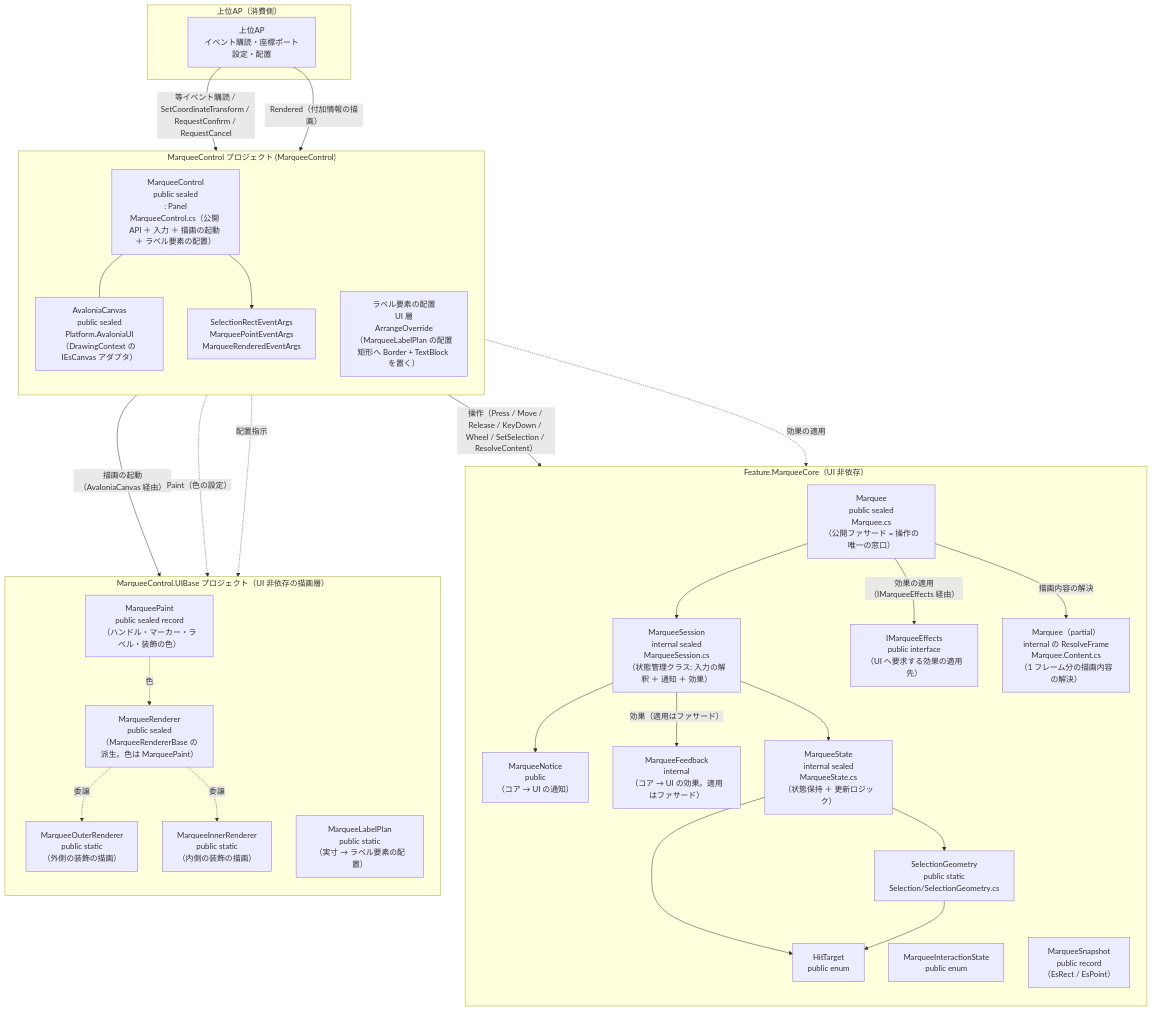
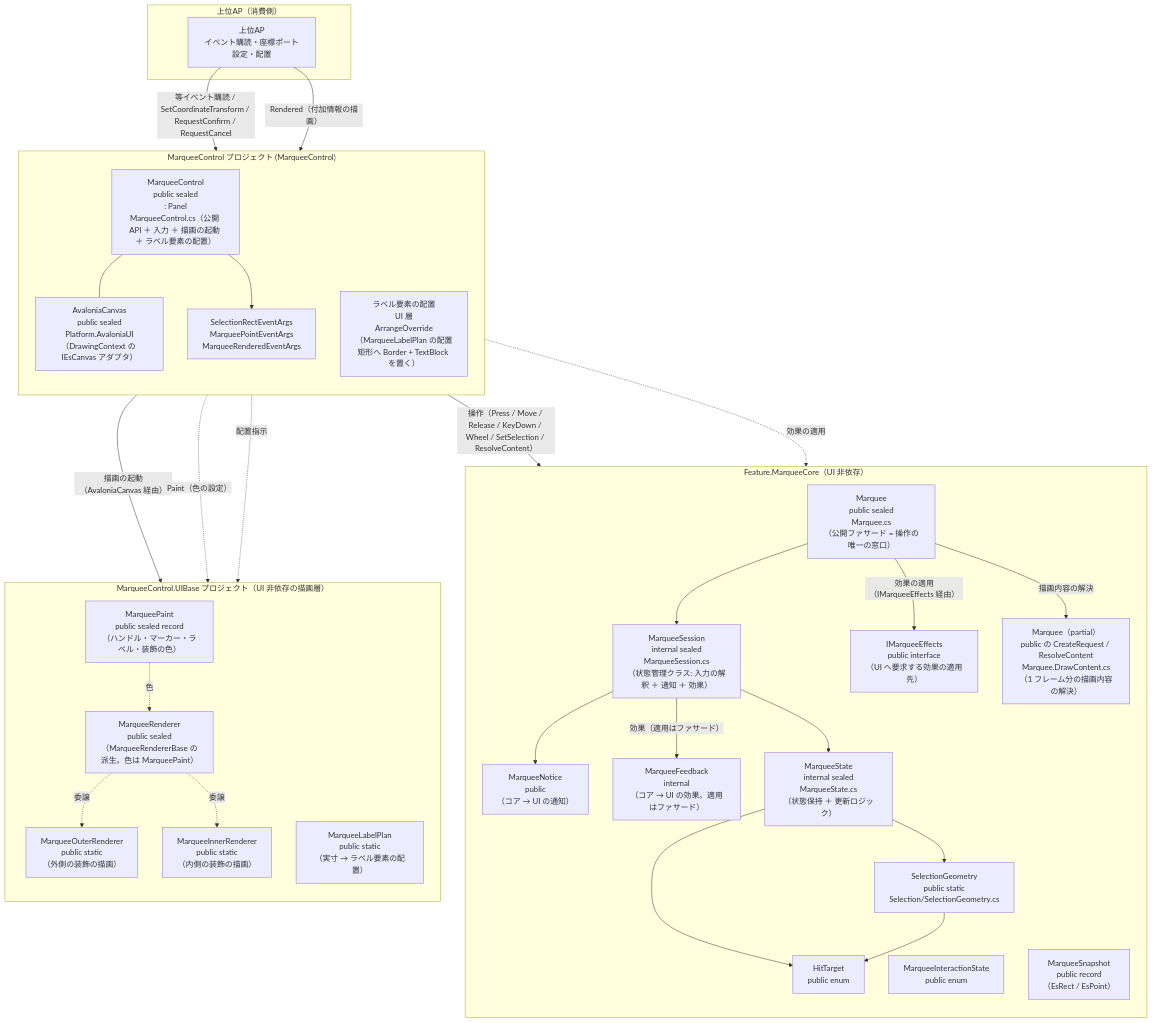
One commit to tomokuni/SaveEvidence changed the first of 2 diagrams in src/MarqueeControl.AvaloniaUI/SPEC_System.md. Above: the diagram before and after it, drawn with Mermaid. The commit also changed other lines of this file and 19 other files, not shown here.

````diff
--- a/src/MarqueeControl.AvaloniaUI/SPEC_System.md
+++ b/src/MarqueeControl.AvaloniaUI/SPEC_System.md
@@ -99,57 +99,57 @@
 ```mermaid
 flowchart TB
     subgraph Host["上位AP（消費側）"]
         AP["上位AP<br/>イベント購読・座標ポート設定・配置"]
     end
     subgraph Core["Feature.MarqueeCore（UI 非依存）"]
         direction TB
         Fac["Marquee<br/>public sealed<br/>Marquee.cs<br/>（公開ファサード = 操作の唯一の窓口）"]
         Eff["IMarqueeEffects<br/>public interface<br/>（UI へ要求する効果の適用先）"]
         Ses["MarqueeSession<br/>internal sealed<br/>MarqueeSession.cs<br/>（状態管理クラス: 入力の解釈 ＋ 通知 ＋ 効果）"]
         Ntc["MarqueeNotice<br/>public<br/>（コア → UI の通知）"]
         Fbk["MarqueeFeedback<br/>internal<br/>（コア → UI の効果。適用はファサード）"]
         Stt["MarqueeState<br/>internal sealed<br/>MarqueeState.cs<br/>（状態保持 ＋ 更新ロジック）"]
         Geo["SelectionGeometry<br/>public static<br/>Selection/SelectionGeometry.cs"]
         Hdl["HitTarget<br/>public enum"]
         Hdl2["MarqueeInteractionState<br/>public enum"]
         Hdl3["MarqueeSnapshot<br/>public record<br/>（EsRect / EsPoint）"]
-        Frm["Marquee（partial）<br/>internal の ResolveFrame<br/>Marquee.Content.cs<br/>（1 フレーム分の描画内容の解決）"]
+        Frm["Marquee（partial）<br/>public の CreateRequest / ResolveContent<br/>Marquee.DrawContent.cs<br/>（1 フレーム分の描画内容の解決）"]
     end
     subgraph DRC2["MarqueeControl プロジェクト (MarqueeControl)"]
         direction TB
         Ctl["MarqueeControl<br/>public sealed<br/>: Panel<br/>MarqueeControl.cs（公開 API ＋ 入力 ＋ 描画の起動 ＋ ラベル要素の配置）"]
         Cvs["AvaloniaCanvas<br/>public sealed<br/>Platform.AvaloniaUI<br/>（DrawingContext の IEsCanvas アダプタ）"]
         Lbl["ラベル要素の配置<br/>UI 層<br/>ArrangeOverride<br/>（MarqueeLabelPlan の配置矩形へ Border + TextBlock を置く）"]
         Evt["SelectionRectEventArgs<br/>MarqueePointEventArgs<br/>MarqueeRenderedEventArgs"]
     end
     subgraph Rnd2["MarqueeControl.UIBase プロジェクト（UI 非依存の描画層）"]
         direction TB
         Drw["MarqueeRenderer<br/>public sealed<br/>（MarqueeRendererBase の派生。色は MarqueePaint）"]
         Pnt["MarqueePaint<br/>public sealed record<br/>（ハンドル・マーカー・ラベル・装飾の色）"]
         Odr["MarqueeOuterRenderer<br/>public static<br/>（外側の装飾の描画）"]
         Idr["MarqueeInnerRenderer<br/>public static<br/>（内側の装飾の描画）"]
         Pln["MarqueeLabelPlan<br/>public static<br/>（実寸 → ラベル要素の配置）"]
     end
 
     AP -->|等イベント購読 / SetCoordinateTransform / RequestConfirm / RequestCancel| Ctl
     AP -->|Rendered（付加情報の描画）| Lbl
     Ctl -->|操作（Press / Move / Release / KeyDown / Wheel / SetSelection / ResolveContent）| Fac
     Ctl -.->|効果の適用| Eff
     Ctl -->|描画の起動（AvaloniaCanvas 経由）| Drw
     Ctl -.->|Paint（色の設定）| Pnt
     Pnt -.->|色| Drw
     Drw -.->|委譲| Odr
     Drw -.->|委譲| Idr
     Ctl -.->|配置指示| Pln
     Ctl --- Cvs
     Fac --> Ses
     Fac -->|効果の適用（IMarqueeEffects 経由）| Eff
     Fac -->|描画内容の解決| Frm
     Ctl --> Evt
     Ses --> Ntc
     Ses -->|効果（適用はファサード）| Fbk
     Ses --> Stt
     Stt --> Geo
     Stt --> Hdl
     Geo --> Hdl
 ```
````
